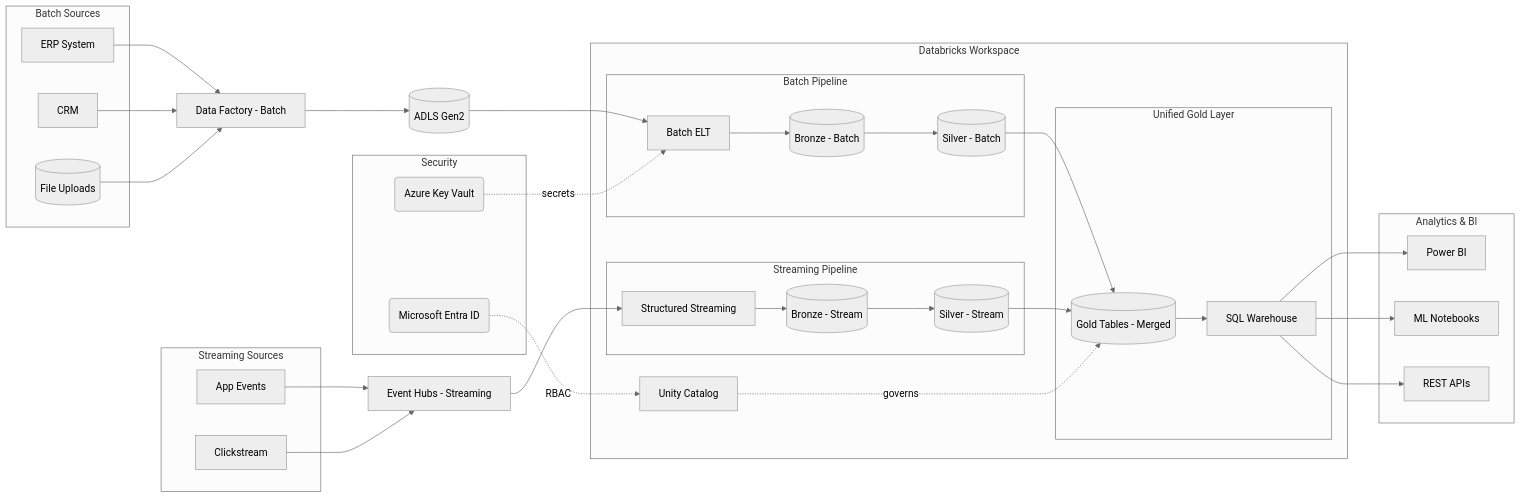
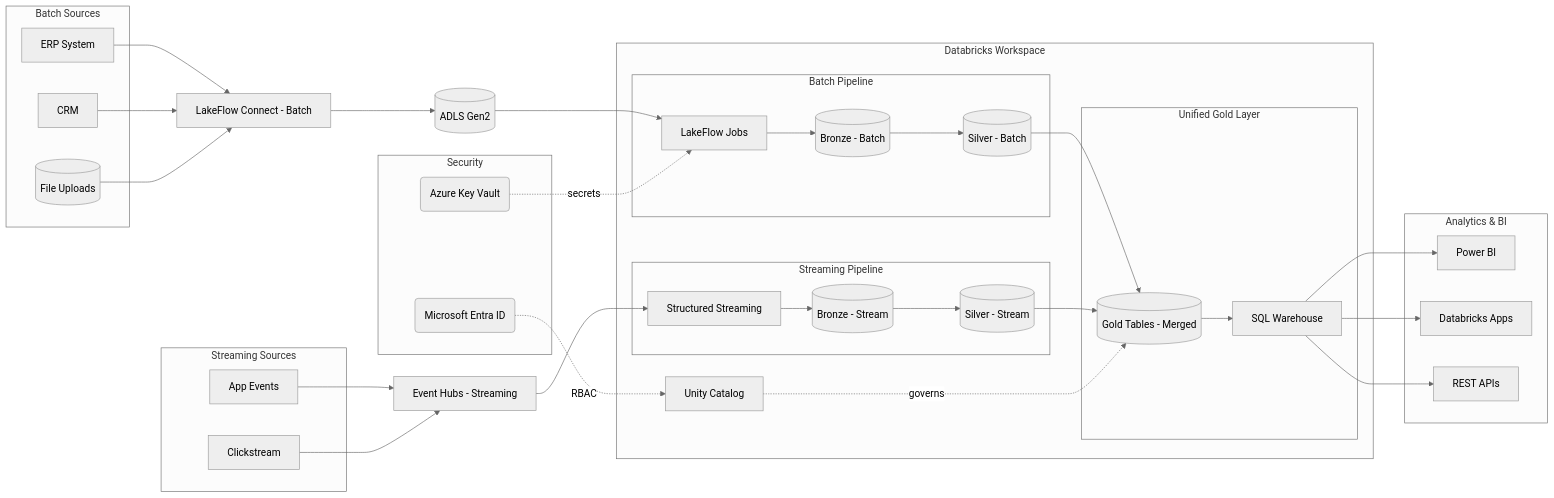
The eighth of 9 diagrams in .github/skills/databricks-ads-session/databricks-ads-session/references/databricks-patterns.md (HaoZhang615/ads-copilot), drawn with Mermaid (neutral theme) before and after one commit. The commit also changed other lines of this file and 23 other files, not shown here.

Commit message:
flow improvement and updates after extensive web search effort and reasoning

````diff
--- a/.github/skills/databricks-ads-session/databricks-ads-session/references/databricks-patterns.md
+++ b/.github/skills/databricks-ads-session/databricks-ads-session/references/databricks-patterns.md
@@ -452,55 +473,55 @@
 ```mermaid
 flowchart LR
   subgraph BATCH_SRC["Batch Sources"]
     ERP[ERP System]
     CRM[CRM]
     FILES[(File Uploads)]
   end
 
   subgraph STREAM_SRC["Streaming Sources"]
     APP_EVT[App Events]
     CLICK[Clickstream]
   end
 
-  ADF[Data Factory - Batch]
+  LFC[LakeFlow Connect - Batch]
   EH[Event Hubs - Streaming]
   ADLS[(ADLS Gen2)]
 
   subgraph DBX["Databricks Workspace"]
     subgraph BP["Batch Pipeline"]
-      BATCH_ELT[Batch ELT]
+      BATCH_ELT[LakeFlow Jobs]
       B_BRONZE[(Bronze - Batch)]
       B_SILVER[(Silver - Batch)]
     end
     subgraph SP["Streaming Pipeline"]
       STREAM_INGEST[Structured Streaming]
       S_BRONZE[(Bronze - Stream)]
       S_SILVER[(Silver - Stream)]
     end
     subgraph UG["Unified Gold Layer"]
       GOLD[(Gold Tables - Merged)]
       SQLWH[SQL Warehouse]
     end
     UC[Unity Catalog]
   end
 
   subgraph SEC["Security"]
     KV(Azure Key Vault)
     ENTRA(Microsoft Entra ID)
   end
 
   subgraph BI["Analytics & BI"]
     PBI[Power BI]
-    ML_NB[ML Notebooks]
+    APPS[Databricks Apps]
     API[REST APIs]
   end
 
-  ERP & CRM & FILES --> ADF --> ADLS --> BATCH_ELT
+  ERP & CRM & FILES --> LFC --> ADLS --> BATCH_ELT
   BATCH_ELT --> B_BRONZE --> B_SILVER --> GOLD
   APP_EVT & CLICK --> EH --> STREAM_INGEST
   STREAM_INGEST --> S_BRONZE --> S_SILVER --> GOLD
-  GOLD --> SQLWH --> PBI & ML_NB & API
+  GOLD --> SQLWH --> PBI & APPS & API
   UC -.->|governs| GOLD
   KV -.->|secrets| BATCH_ELT
   ENTRA -.->|RBAC| UC
 ```
````
